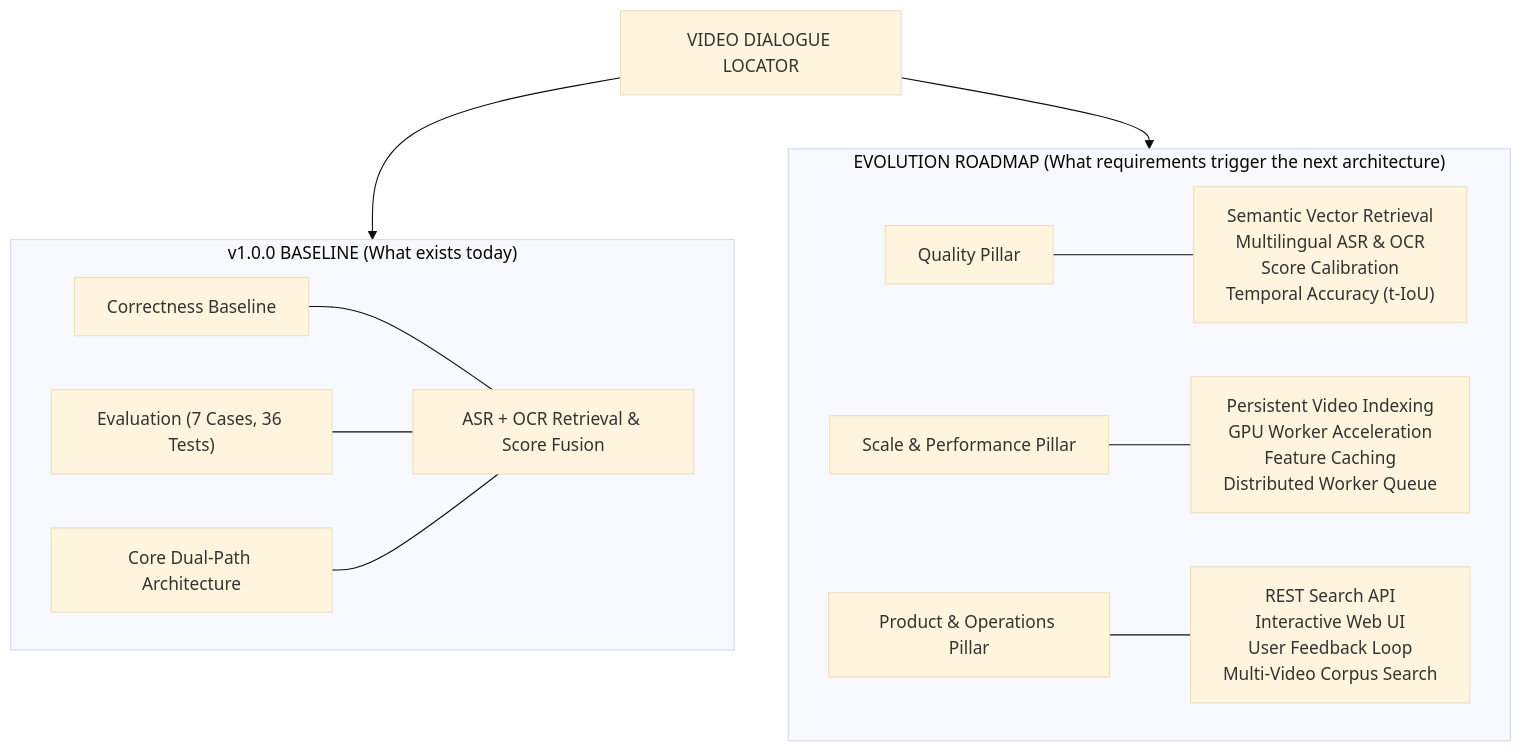
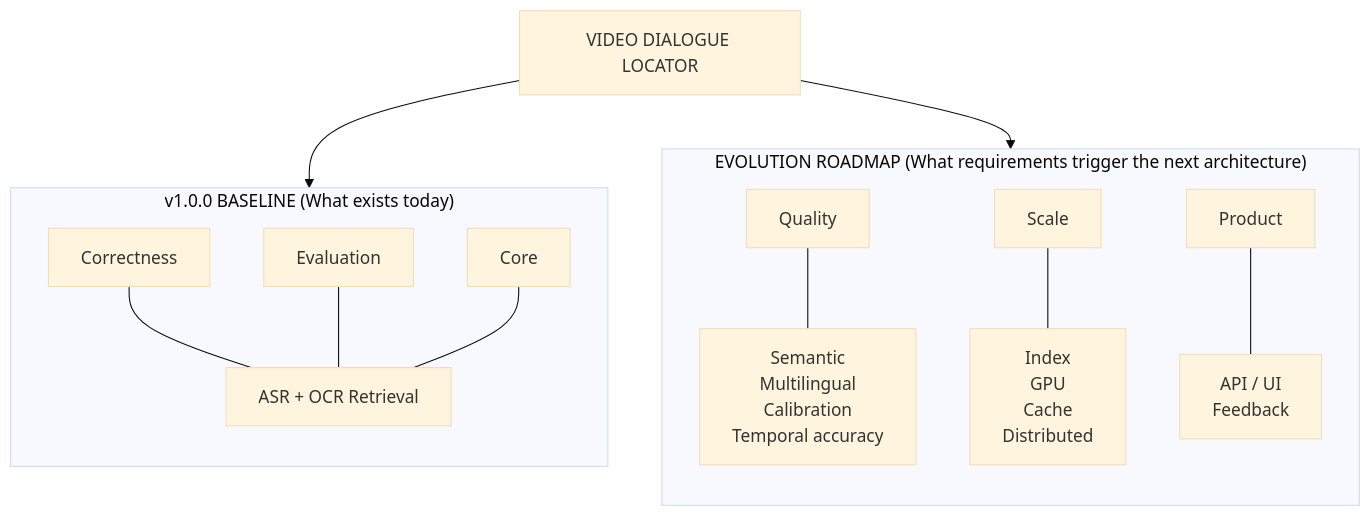
One commit to Saravanan7272/quest1 changed the second of 2 diagrams in docs/ENGINEERING_ROADMAP.md. Above: the diagram before and after it, drawn with Mermaid (base theme).

Commit message:
docs: align Section 3 Mermaid diagram labels with exact architecture diagram layout

````diff
--- a/docs/ENGINEERING_ROADMAP.md
+++ b/docs/ENGINEERING_ROADMAP.md
@@ -83,32 +83,34 @@
 ```mermaid
 flowchart TD
     ROOT["VIDEO DIALOGUE LOCATOR"]
     
     subgraph BASELINE["v1.0.0 BASELINE (What exists today)"]
-        B_CORRECT["Correctness Baseline"]
-        B_EVAL["Evaluation (7 Cases, 36 Tests)"]
-        B_CORE["Core Dual-Path Architecture"]
-        B_RETR["ASR + OCR Retrieval & Score Fusion"]
+        direction TB
+        B_CORRECT["Correctness"]
+        B_EVAL["Evaluation"]
+        B_CORE["Core"]
+        B_RETR["ASR + OCR Retrieval"]
         
         B_CORRECT --- B_RETR
         B_EVAL --- B_RETR
         B_CORE --- B_RETR
     end
 
     subgraph ROADMAP["EVOLUTION ROADMAP (What requirements trigger the next architecture)"]
-        R_QUAL["Quality Pillar"]
-        R_SCALE["Scale & Performance Pillar"]
-        R_PROD["Product & Operations Pillar"]
+        direction TB
+        R_QUAL["Quality"]
+        R_SCALE["Scale"]
+        R_PROD["Product"]
         
-        R_QUAL_DETAILS["Semantic Vector Retrieval<br/>Multilingual ASR & OCR<br/>Score Calibration<br/>Temporal Accuracy (t-IoU)"]
-        R_SCALE_DETAILS["Persistent Video Indexing<br/>GPU Worker Acceleration<br/>Feature Caching<br/>Distributed Worker Queue"]
-        R_PROD_DETAILS["REST Search API<br/>Interactive Web UI<br/>User Feedback Loop<br/>Multi-Video Corpus Search"]
+        R_QUAL_DETAILS["Semantic<br/>Multilingual<br/>Calibration<br/>Temporal accuracy"]
+        R_SCALE_DETAILS["Index<br/>GPU<br/>Cache<br/>Distributed"]
+        R_PROD_DETAILS["API / UI<br/>Feedback"]
         
         R_QUAL --- R_QUAL_DETAILS
         R_SCALE --- R_SCALE_DETAILS
         R_PROD --- R_PROD_DETAILS
     end
 
     ROOT --> BASELINE
     ROOT --> ROADMAP
 ```
````
